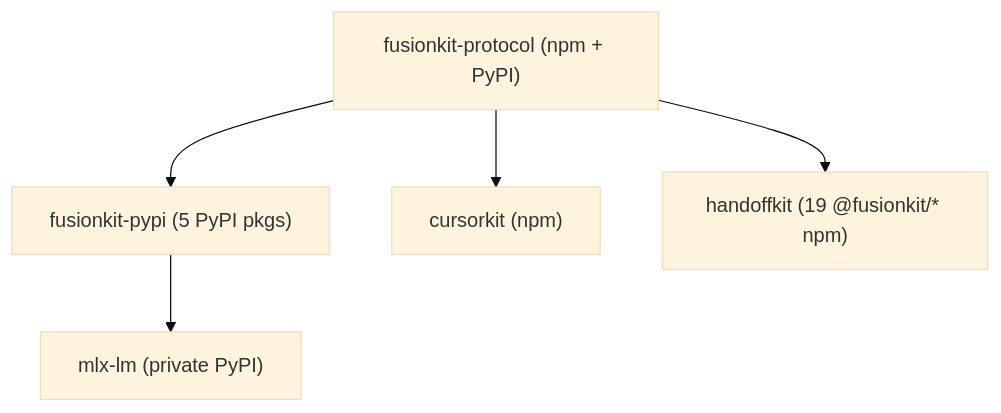
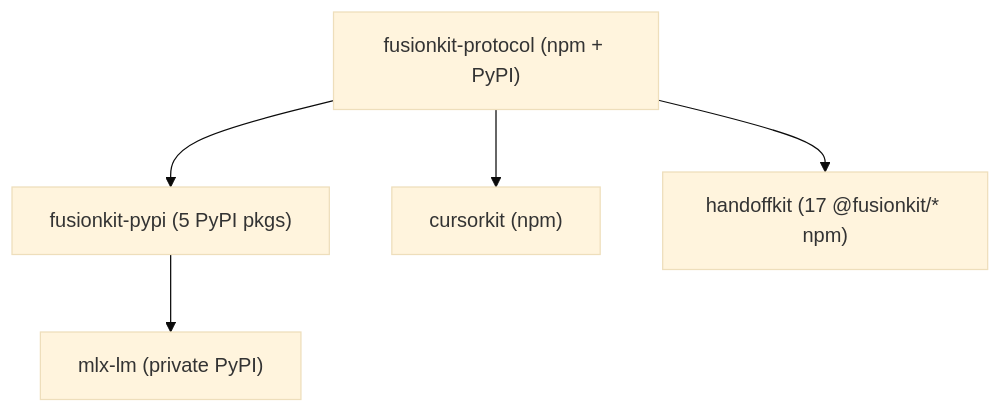
One commit to velum-labs/handoffkit changed the diagram in docs/releasing.md. Above: the diagram before and after it, drawn with Mermaid (base theme). The commit also changed other lines of this file and 13 other files, not shown here.

````diff
--- a/docs/releasing.md
+++ b/docs/releasing.md
@@ -16,12 +16,12 @@
 ```mermaid
 flowchart TD
   protocol["fusionkit-protocol (npm + PyPI)"]
   fusionpy["fusionkit-pypi (5 PyPI pkgs)"]
   cursor["cursorkit (npm)"]
-  handoff["handoffkit (19 @fusionkit/* npm)"]
+  handoff["handoffkit (17 @fusionkit/* npm)"]
   mlx["mlx-lm (private PyPI)"]
   protocol --> fusionpy
   protocol --> cursor
   protocol --> handoff
   fusionpy --> mlx
 ```
````
